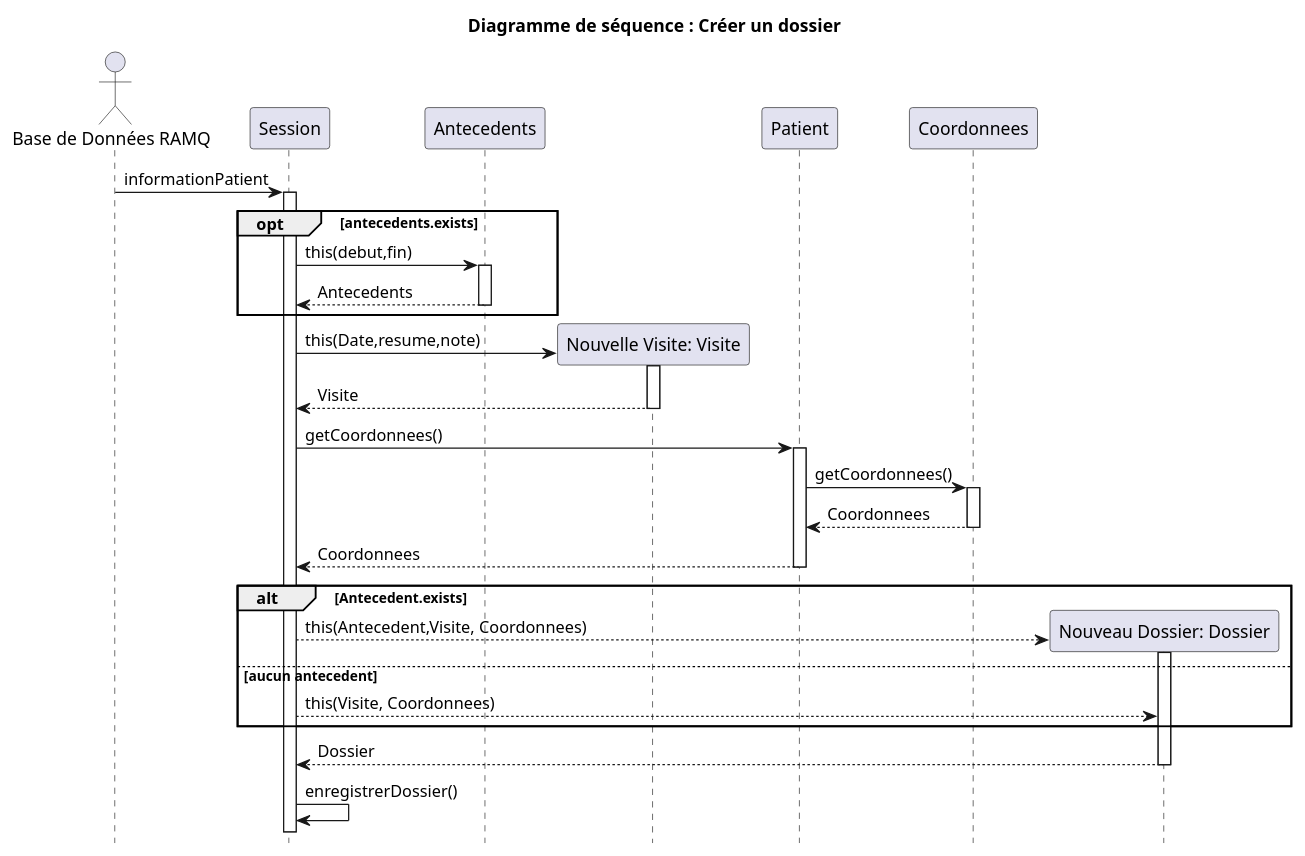
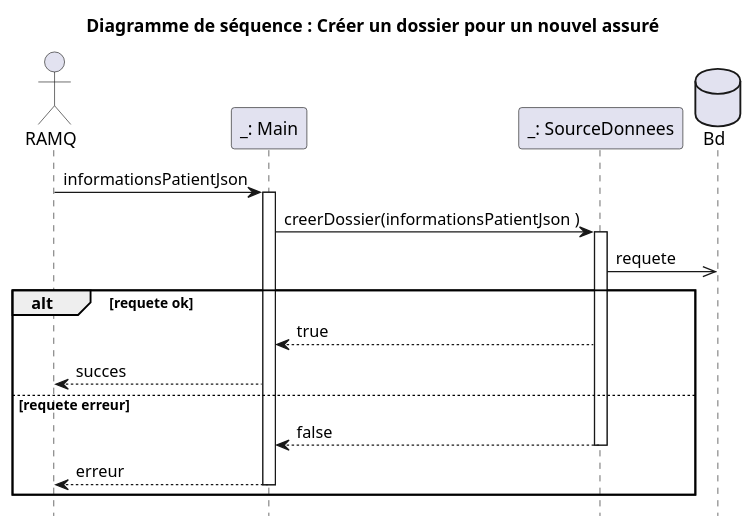
The diagram in models/Diagramme_Sequences/Creer_Dossier/creerDossier_code.puml (fethiuqam/INF5153-Projet-Session), drawn with PlantUML before and after one commit. The commit also changed 1 other file, not shown here.

Commit message:
modification du diagramme creer dossier

```diff
--- a/models/Diagramme_Sequences/Creer_Dossier/creerDossier_code.puml
+++ b/models/Diagramme_Sequences/Creer_Dossier/creerDossier_code.puml
@@ -1,38 +1,31 @@
 @startuml
-title Diagramme de séquence : Créer un dossier
-actor "Base de Données RAMQ" as ram
-ram -> Session: informationPatient
-activate Session
 
-opt antecedents.exists
-Session -> Antecedents: this(debut,fin)
-activate Antecedents
-Antecedents --> Session: Antecedents
-deactivate Antecedents
-end
-create participant "Nouvelle Visite: Visite" as Visite
-Session -> Visite: this(Date,resume,note)
-activate Visite
-Visite --> Session: Visite
-deactivate Visite
-Session -> Patient: getCoordonnees()
-activate Patient
-Patient -> Coordonnees: getCoordonnees()
-activate Coordonnees
-Coordonnees --> Patient: Coordonnees
-deactivate Coordonnees
-Patient --> Session: Coordonnees
-deactivate Patient
-create participant "Nouveau Dossier: Dossier" as doss
-alt Antecedent.exists
-Session --> doss: this(Antecedent,Visite, Coordonnees)
-activate doss
-else aucun antecedent
-Session --> doss: this(Visite, Coordonnees)
-end
-doss --> Session: Dossier
-deactivate doss
-Session -> Session: enregistrerDossier()
-hidefootbox 
+
+title Diagramme de séquence : Créer un dossier pour un nouvel assuré
+
+hide footbox
+
+actor RAMQ as ramq
+
+participant "_: Main" as main
+participant "_: SourceDonnees" as sd
+database "Bd" as bd
+
+ramq -> main : informationsPatientJson
+    activate main 
+    main -> sd : creerDossier(informationsPatientJson )
+    activate sd 
+    sd ->> bd : requete
+    
+    alt requete ok
+        sd --> main : true
+        main --> ramq : succes
+    else requete erreur
+        sd --> main : false
+        deactivate sd
+        main --> ramq : erreur
+        deactivate main
+    end
+
 
 @enduml
```
